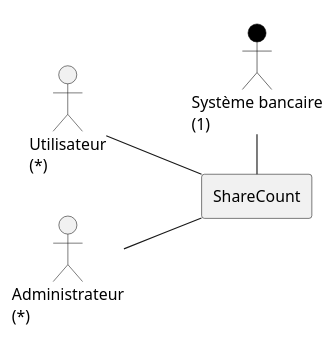
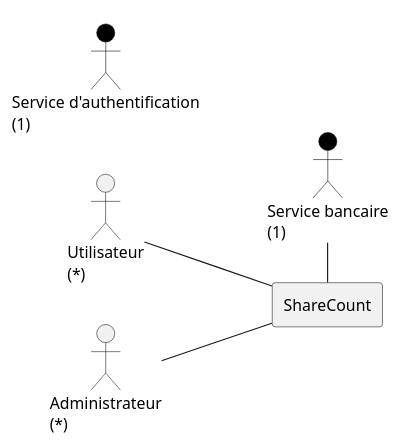
The diagram in diagrammes/specification/contexte-statique.puml (lmtb06/sharecount), drawn with PlantUML before and after one commit. The commit also changed 1 other file, not shown here.

Commit message:
ajout de package et de cas d'utilisations dans le diagramme de cas d'utilisation

```diff
--- a/diagrammes/specification/contexte-statique.puml
+++ b/diagrammes/specification/contexte-statique.puml
@@ -1,23 +1,25 @@
 @startuml "Diagramme de contexte statique"
 
 left to right direction
 
 skinparam actor {
 BackgroundColor<< externe >> Black
 BorderColor<< externe >> Black
 StereotypeFontSize<< externe >> 0
 }
 
 actor "Utilisateur\n(*)" as User
 
 actor "Administrateur\n(*)" as Admin
 
-actor "Système bancaire\n(1)" << externe >> as SB
+actor "Service bancaire\n(1)" << externe >> as SB
+
+actor "Service d'authentification\n(1)" << externe >> as SA
 
 rectangle "ShareCount" as SC
 
 User -- SC
 Admin -- SC
 SB - SC
 
 @enduml
```
